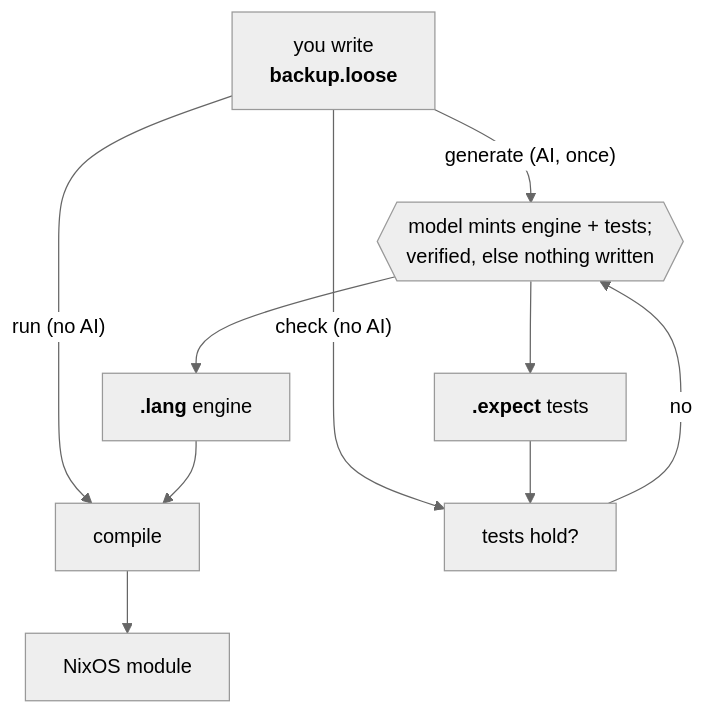
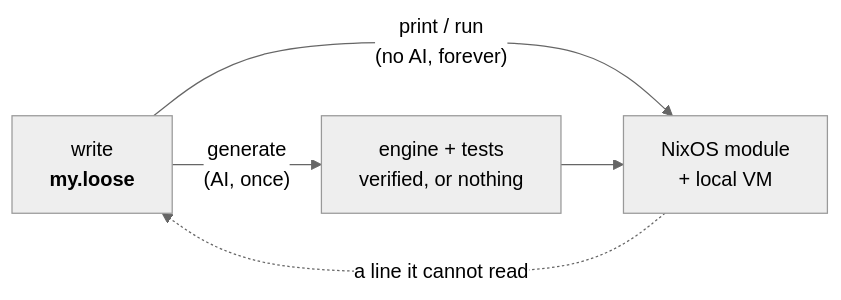
The diagram in README.md (cornerman/lips), drawn with Mermaid (neutral theme) before and after one commit. The commit also changed other lines of this file, not shown here.

Commit message:
readme: rewrite around the workflow (write intent = grow a language = get its compiler free)

````diff
--- a/README.md
+++ b/README.md
@@ -55,13 +59,8 @@
 ```mermaid
-flowchart TD
-    H["you write<br><b>backup.loose</b>"]
-    H -->|"generate (AI, once)"| GEN{{"model mints engine + tests;<br>verified, else nothing written"}}
-    GEN --> LANG["<b>.lang</b> engine"]
-    GEN --> EXP["<b>.expect</b> tests"]
-    H -->|"run (no AI)"| RUN["compile"]
-    LANG --> RUN
-    RUN --> MOD["NixOS module"]
-    H -->|"check (no AI)"| CHK["tests hold?"]
-    EXP --> CHK
-    CHK -->|no| GEN
+flowchart LR
+    W["write<br><b>my.loose</b>"]
+    W -->|"generate<br>(AI, once)"| E["engine + tests<br>verified, or nothing"]
+    W -->|"print / run<br>(no AI, forever)"| M["NixOS module<br>+ local VM"]
+    E --> M
+    M -.->|"a line it cannot read"| W
 ```
````
